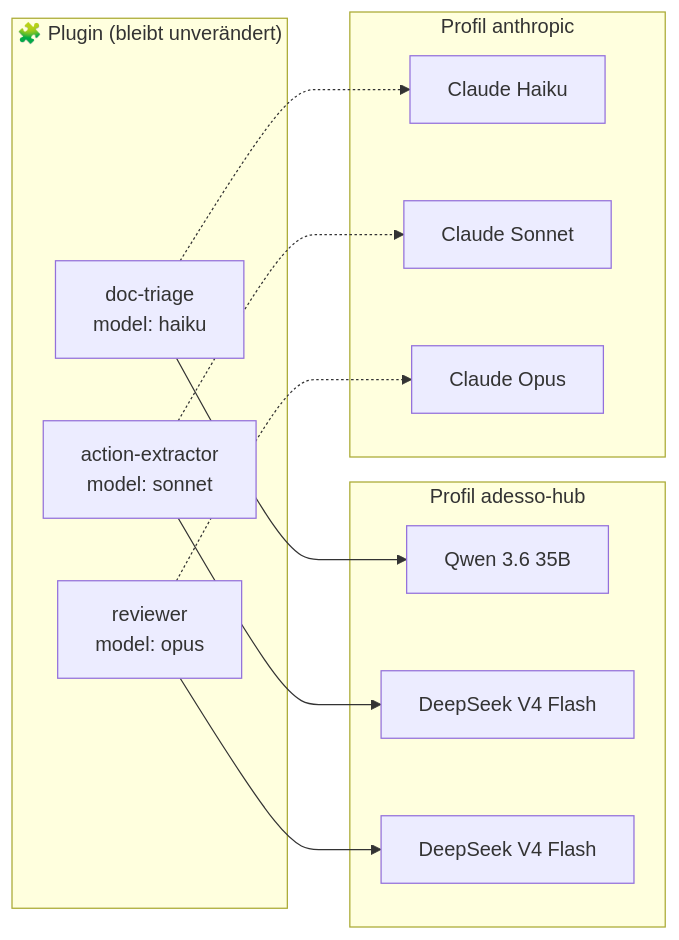
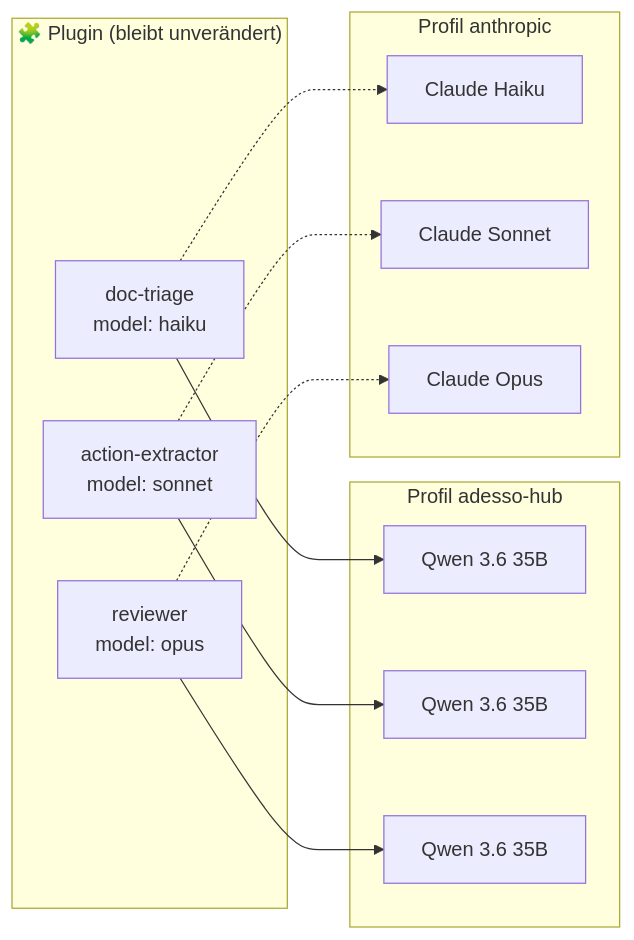
The fourth of 6 diagrams in docs/demo/01-ai-hub/VISUELL.md (a-lottes/Agent-Template), drawn with Mermaid before and after one commit. The commit also changed other lines of this file and 8 other files, not shown here.

````diff
--- a/docs/demo/01-ai-hub/VISUELL.md
+++ b/docs/demo/01-ai-hub/VISUELL.md
@@ -71,27 +71,27 @@
 ```mermaid
 flowchart LR
     subgraph PLUGIN["🧩 Plugin (bleibt unverändert)"]
         T["doc-triage<br/>model: haiku"]
         E["action-extractor<br/>model: sonnet"]
         R["reviewer<br/>model: opus"]
     end
 
     subgraph SOUV["Profil adesso-hub"]
         Q["Qwen 3.6 35B"]
-        D1["DeepSeek V4 Flash"]
-        D2["DeepSeek V4 Flash"]
+        D1["Qwen 3.6 35B"]
+        D2["Qwen 3.6 35B"]
     end
 
     subgraph ORIG["Profil anthropic"]
         H["Claude Haiku"]
         S["Claude Sonnet"]
         O["Claude Opus"]
     end
 
     T --> Q
     E --> D1
     R --> D2
     T -.-> H
     E -.-> S
     R -.-> O
 ```
````
